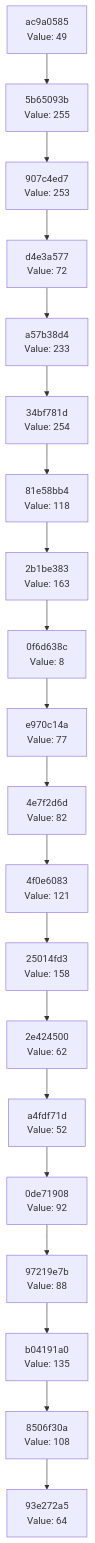
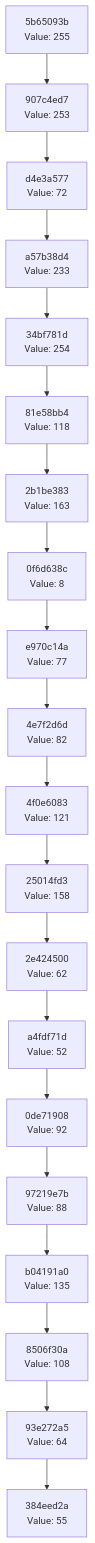
The diagram in docs/CHAIN_VISUALIZATION.md (Abhisheksinha1506/hash-chain-evolver), drawn with Mermaid before and after one commit. The commit also changed 2 other files, not shown here.

Commit message:
Evolution step: hash 0x37 → action executed

````diff
--- a/docs/CHAIN_VISUALIZATION.md
+++ b/docs/CHAIN_VISUALIZATION.md
@@ -3,42 +3,42 @@
 ```mermaid
 graph TD
-    C0["93e272a5<br/>Value: 64"]
-    C1["8506f30a<br/>Value: 108"]
+    C0["384eed2a<br/>Value: 55"]
+    C1["93e272a5<br/>Value: 64"]
     C1 --> C0
-    C2["b04191a0<br/>Value: 135"]
+    C2["8506f30a<br/>Value: 108"]
     C2 --> C1
-    C3["97219e7b<br/>Value: 88"]
+    C3["b04191a0<br/>Value: 135"]
     C3 --> C2
-    C4["0de71908<br/>Value: 92"]
+    C4["97219e7b<br/>Value: 88"]
     C4 --> C3
-    C5["a4fdf71d<br/>Value: 52"]
+    C5["0de71908<br/>Value: 92"]
     C5 --> C4
-    C6["2e424500<br/>Value: 62"]
+    C6["a4fdf71d<br/>Value: 52"]
     C6 --> C5
-    C7["25014fd3<br/>Value: 158"]
+    C7["2e424500<br/>Value: 62"]
     C7 --> C6
-    C8["4f0e6083<br/>Value: 121"]
+    C8["25014fd3<br/>Value: 158"]
     C8 --> C7
-    C9["4e7f2d6d<br/>Value: 82"]
+    C9["4f0e6083<br/>Value: 121"]
     C9 --> C8
-    C10["e970c14a<br/>Value: 77"]
+    C10["4e7f2d6d<br/>Value: 82"]
     C10 --> C9
-    C11["0f6d638c<br/>Value: 8"]
+    C11["e970c14a<br/>Value: 77"]
     C11 --> C10
-    C12["2b1be383<br/>Value: 163"]
+    C12["0f6d638c<br/>Value: 8"]
     C12 --> C11
-    C13["81e58bb4<br/>Value: 118"]
+    C13["2b1be383<br/>Value: 163"]
     C13 --> C12
-    C14["34bf781d<br/>Value: 254"]
+    C14["81e58bb4<br/>Value: 118"]
     C14 --> C13
-    C15["a57b38d4<br/>Value: 233"]
+    C15["34bf781d<br/>Value: 254"]
     C15 --> C14
-    C16["d4e3a577<br/>Value: 72"]
+    C16["a57b38d4<br/>Value: 233"]
     C16 --> C15
-    C17["907c4ed7<br/>Value: 253"]
+    C17["d4e3a577<br/>Value: 72"]
     C17 --> C16
-    C18["5b65093b<br/>Value: 255"]
+    C18["907c4ed7<br/>Value: 253"]
     C18 --> C17
-    C19["ac9a0585<br/>Value: 49"]
+    C19["5b65093b<br/>Value: 255"]
     C19 --> C18
 ```
````
